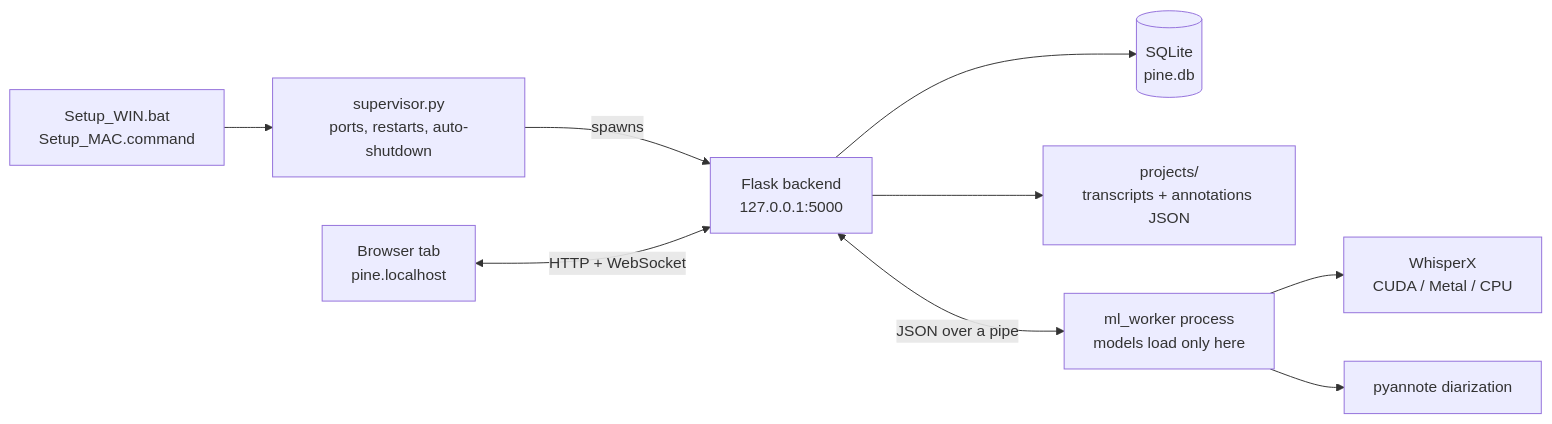
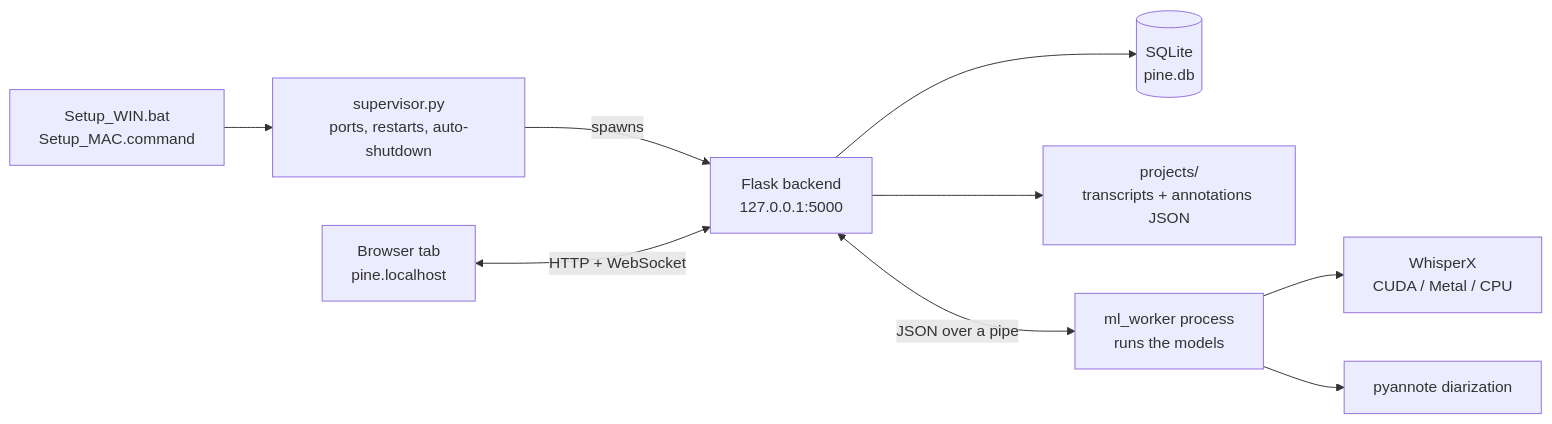
One commit to paul815/PINE_RC changed the diagram in README.md. Above: the diagram before and after it, drawn with Mermaid. The commit also changed other lines of this file and 1 other file, not shown here.

````diff
--- a/README.md
+++ b/README.md
@@ -288,11 +292,11 @@
 ```mermaid
 flowchart LR
     L["Setup_WIN.bat<br/>Setup_MAC.command"] --> S["supervisor.py<br/>ports, restarts, auto-shutdown"]
     S -->|spawns| B["Flask backend<br/>127.0.0.1:5000"]
     BR["Browser tab<br/>pine.localhost"] <-->|HTTP + WebSocket| B
     B --> DB[("SQLite<br/>pine.db")]
     B --> FS["projects/<br/>transcripts + annotations JSON"]
-    B <-->|JSON over a pipe| W["ml_worker process<br/>models load only here"]
+    B <-->|JSON over a pipe| W["ml_worker process<br/>runs the models"]
     W --> ASR["WhisperX<br/>CUDA / Metal / CPU"]
     W --> DIA["pyannote diarization"]
 ```
````
